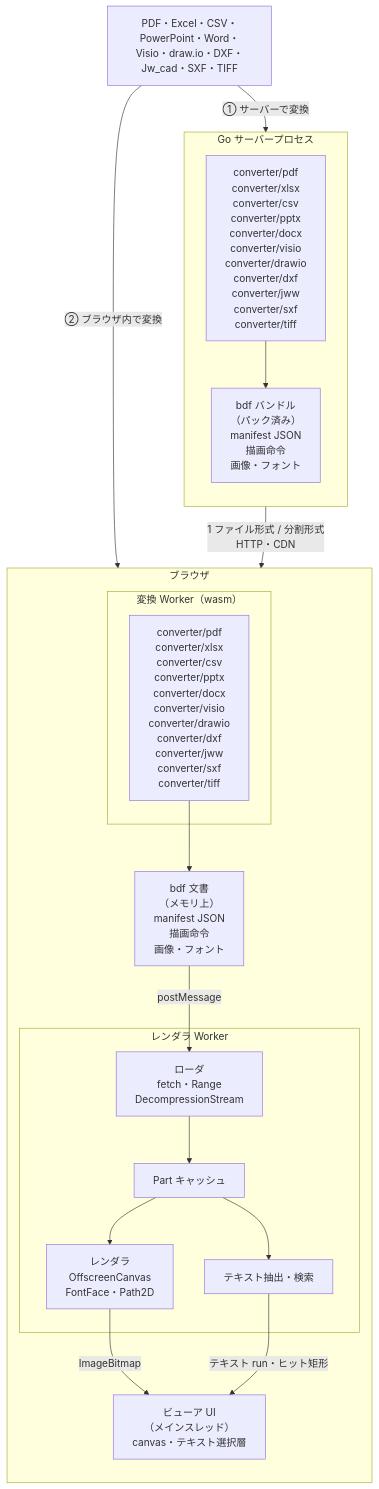
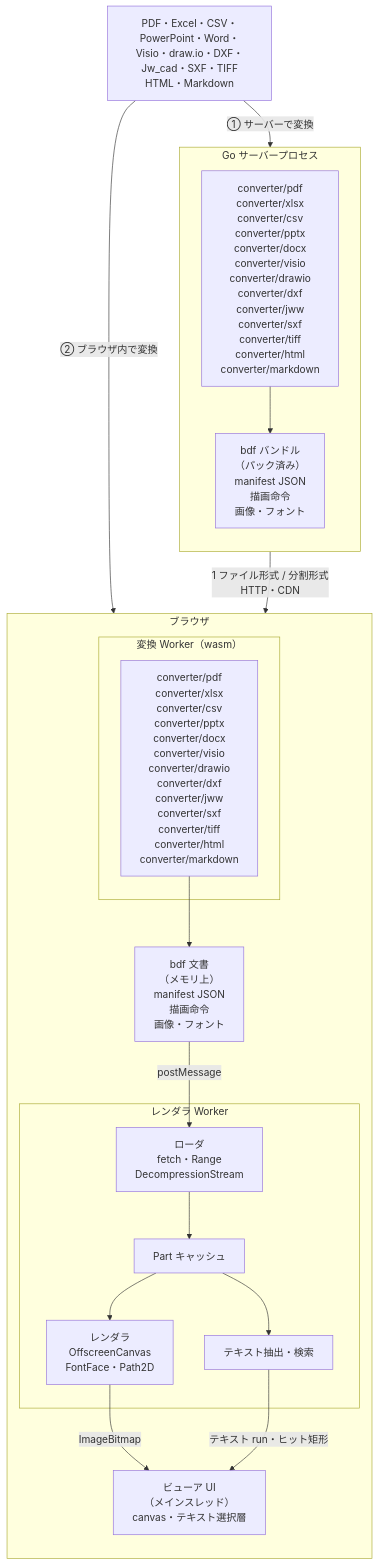
One commit to shibukawa/bdf changed the diagram in README.ja.md. Above: the diagram before and after it, drawn with Mermaid. The commit also changed other lines of this file and 62 other files, not shown here.

First line of the commit message:
Add HTML (reader mode) and Markdown converters on the shared Word layout engine (#22)

````diff
--- a/README.ja.md
+++ b/README.ja.md
@@ -20,37 +20,37 @@
 ```mermaid
 flowchart TB
-    SRC["PDF・Excel・CSV・PowerPoint・Word・Visio・draw.io・DXF・Jw_cad・SXF・TIFF"]
+    SRC["PDF・Excel・CSV・PowerPoint・Word・Visio・draw.io・DXF・Jw_cad・SXF・TIFF<br/>HTML・Markdown"]
 
     subgraph SERVER["Go サーバープロセス"]
         direction TB
-        SCONV["converter/pdf<br/>converter/xlsx<br/>converter/csv<br/>converter/pptx<br/>converter/docx<br/>converter/visio<br/>converter/drawio<br/>converter/dxf<br/>converter/jww<br/>converter/sxf<br/>converter/tiff"]
+        SCONV["converter/pdf<br/>converter/xlsx<br/>converter/csv<br/>converter/pptx<br/>converter/docx<br/>converter/visio<br/>converter/drawio<br/>converter/dxf<br/>converter/jww<br/>converter/sxf<br/>converter/tiff<br/>converter/html<br/>converter/markdown"]
         BUNDLE["bdf バンドル<br/>（パック済み）<br/>manifest JSON<br/>描画命令<br/>画像・フォント"]
         SCONV --> BUNDLE
     end
 
     subgraph BROWSER["ブラウザ"]
         direction TB
         subgraph CWORKER["変換 Worker（wasm）"]
-            WCONV["converter/pdf<br/>converter/xlsx<br/>converter/csv<br/>converter/pptx<br/>converter/docx<br/>converter/visio<br/>converter/drawio<br/>converter/dxf<br/>converter/jww<br/>converter/sxf<br/>converter/tiff"]
+            WCONV["converter/pdf<br/>converter/xlsx<br/>converter/csv<br/>converter/pptx<br/>converter/docx<br/>converter/visio<br/>converter/drawio<br/>converter/dxf<br/>converter/jww<br/>converter/sxf<br/>converter/tiff<br/>converter/html<br/>converter/markdown"]
         end
         PARTS["bdf 文書<br/>（メモリ上）<br/>manifest JSON<br/>描画命令<br/>画像・フォント"]
         subgraph RWORKER["レンダラ Worker"]
             LOADER["ローダ<br/>fetch・Range<br/>DecompressionStream"]
             STORE["Part キャッシュ"]
             RENDER["レンダラ<br/>OffscreenCanvas<br/>FontFace・Path2D"]
             TEXT["テキスト抽出・検索"]
             LOADER --> STORE
             STORE --> RENDER
             STORE --> TEXT
         end
         UI["ビューア UI<br/>（メインスレッド）<br/>canvas・テキスト選択層"]
         WCONV --> PARTS
     end
 
     SRC -- "① サーバーで変換" --> SCONV
     SRC -- "② ブラウザ内で変換" --> WCONV
     BUNDLE -- "1 ファイル形式 / 分割形式<br/>HTTP・CDN" --> LOADER
     PARTS -- "postMessage" --> LOADER
     RENDER -- "ImageBitmap" --> UI
     TEXT -- "テキスト run・ヒット矩形" --> UI
 ```
````
